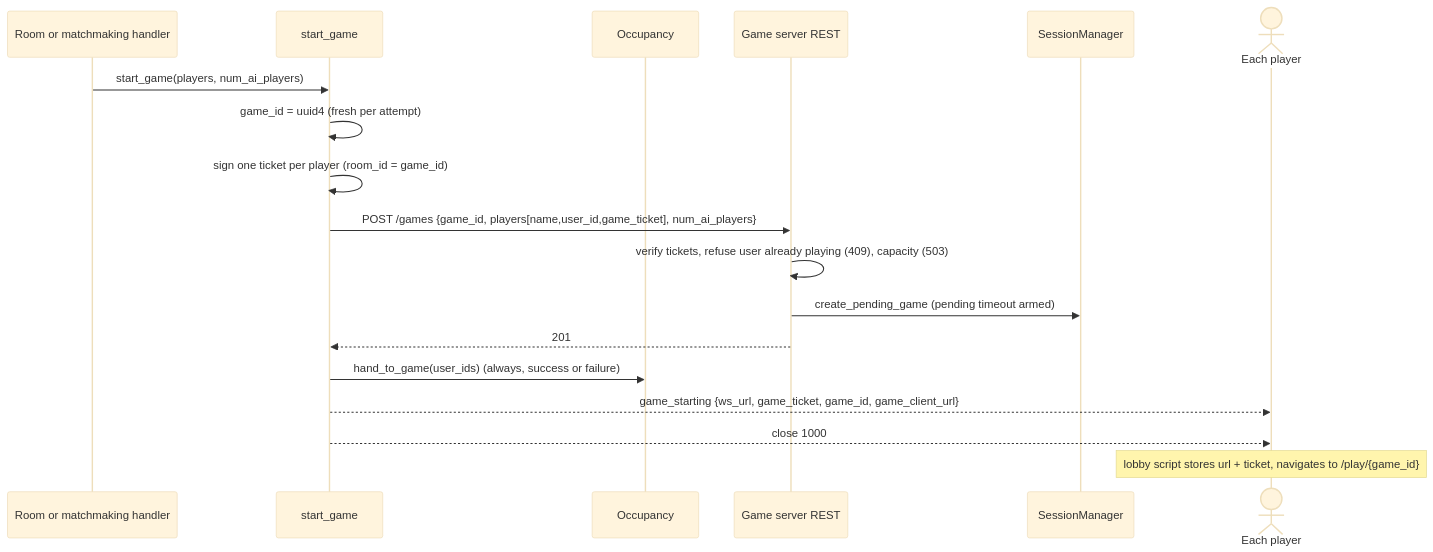
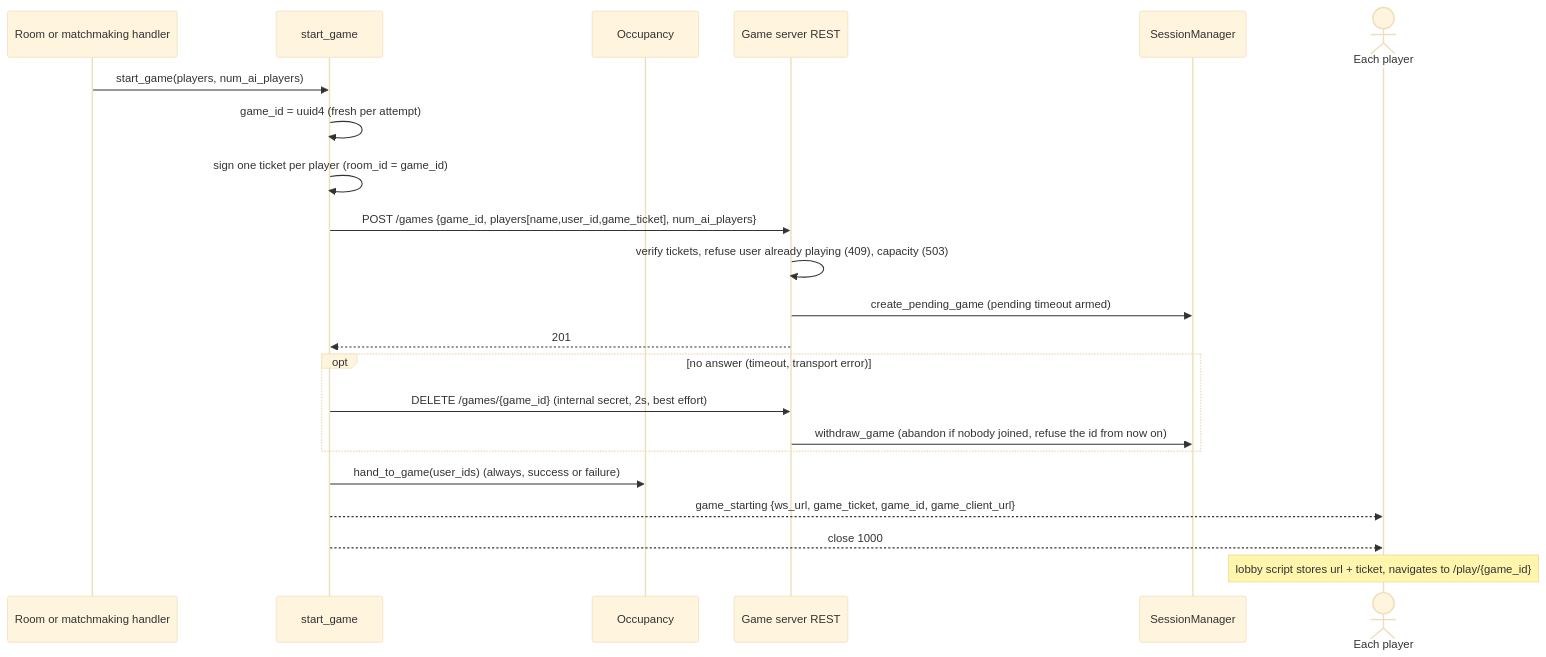
One commit to MahjongRepository/ronin changed the sixth of 8 diagrams in docs/architecture.md. Above: the diagram before and after it, drawn with Mermaid (base theme). The commit also changed other lines of this file and 8 other files, not shown here.

First line of the commit message:
bug: withdraw an unanswered game start so its orphan frees the players

````diff
--- a/docs/architecture.md
+++ b/docs/architecture.md
@@ -251,21 +251,25 @@
 ```mermaid
 sequenceDiagram
     participant C as Room or matchmaking handler
     participant T as start_game
     participant O as Occupancy
     participant GS as Game server REST
     participant SM as SessionManager
     actor P as Each player
 
     C->>T: start_game(players, num_ai_players)
     T->>T: game_id = uuid4 (fresh per attempt)
     T->>T: sign one ticket per player (room_id = game_id)
     T->>GS: POST /games {game_id, players[name,user_id,game_ticket], num_ai_players}
     GS->>GS: verify tickets, refuse user already playing (409), capacity (503)
     GS->>SM: create_pending_game (pending timeout armed)
     GS-->>T: 201
+    opt no answer (timeout, transport error)
+        T->>GS: DELETE /games/{game_id} (internal secret, 2s, best effort)
+        GS->>SM: withdraw_game (abandon if nobody joined, refuse the id from now on)
+    end
     T->>O: hand_to_game(user_ids) (always, success or failure)
     T-->>P: game_starting {ws_url, game_ticket, game_id, game_client_url}
     T-->>P: close 1000
     Note over P: lobby script stores url + ticket, navigates to /play/{game_id}
 ```
````
